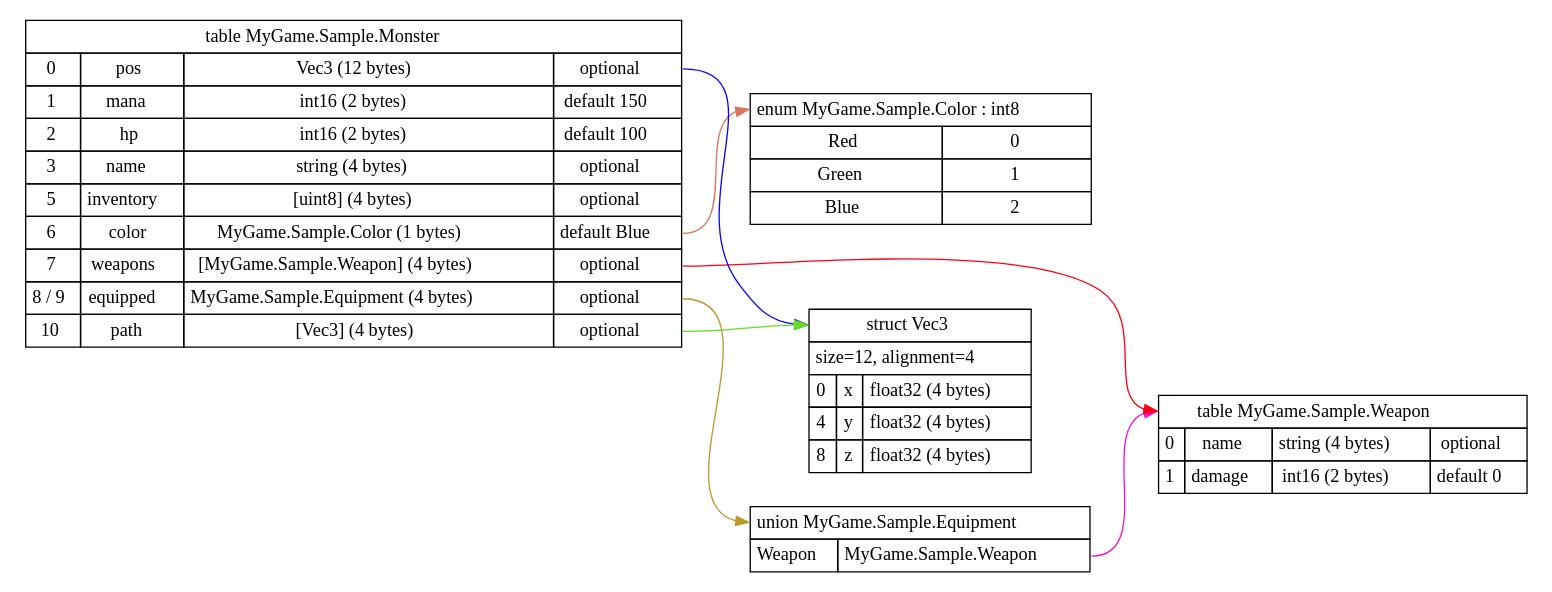
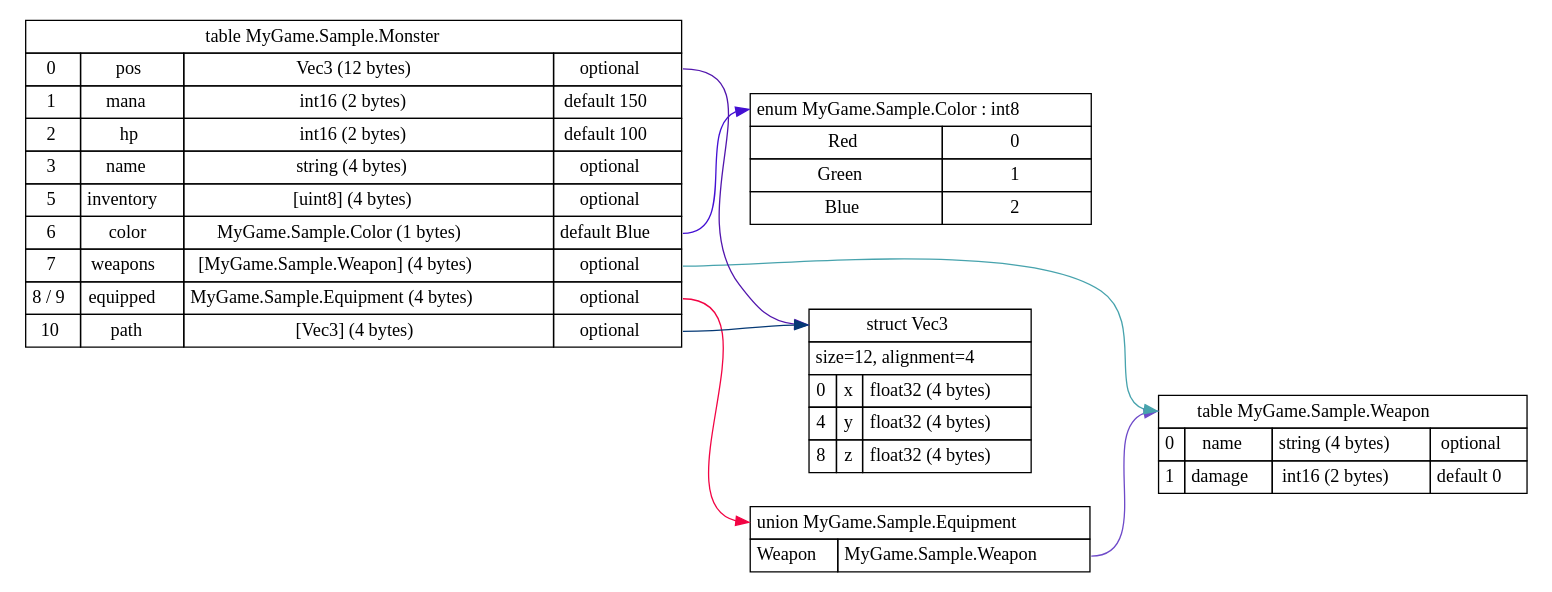
One commit to planus-org/planus changed the diagram in examples/rust/monster.dot. Above: the diagram before and after it, drawn with Graphviz. The commit also changed 21 other files, not shown here.

```diff
--- a/examples/rust/monster.dot
+++ b/examples/rust/monster.dot
@@ -1,149 +1,149 @@
 digraph G
 {
   node[ shape = none ];
   rankdir=LR;
 
   decl0[ label=<
     <TABLE BORDER="0" CELLBORDER="1" CELLSPACING="0" CELLPADDING="4">
       <TR>
         <TD colspan="2" PORT="name">enum MyGame.Sample.Color : int8</TD>
       </TR>
       <TR>
         <TD>Red</TD>
         <TD>0</TD>
       </TR>
       <TR>
         <TD>Green</TD>
         <TD>1</TD>
       </TR>
       <TR>
         <TD>Blue</TD>
         <TD>2</TD>
       </TR>
     </TABLE>>
   ];
 
   decl1[ label=<
     <TABLE BORDER="0" CELLBORDER="1" CELLSPACING="0" CELLPADDING="4">
       <TR>
         <TD colspan="3" PORT="name">union MyGame.Sample.Equipment</TD>
       </TR>
       <TR>
         <TD>Weapon</TD>
         <TD PORT="p0">MyGame.Sample.Weapon</TD>
       </TR>
     </TABLE>>
   ];
-  decl1:p0:e -> decl4:name [color = "#f411d2"];
+  decl1:p0:e -> decl4:name [color = "#6e4ac9"];
 
   decl2[ label=<
     <TABLE BORDER="0" CELLBORDER="1" CELLSPACING="0" CELLPADDING="4">
       <TR>
         <TD colspan="3" PORT="name">struct Vec3</TD>
       </TR>
       <TR>
         <TD colspan="3">size=12, alignment=4</TD>
       </TR>
       <TR>
         <TD>0</TD>
         <TD>x</TD>
         <TD PORT="p0">float32 (4 bytes)</TD>
       </TR>
       <TR>
         <TD>4</TD>
         <TD>y</TD>
         <TD PORT="p1">float32 (4 bytes)</TD>
       </TR>
       <TR>
         <TD>8</TD>
         <TD>z</TD>
         <TD PORT="p2">float32 (4 bytes)</TD>
       </TR>
     </TABLE>>
   ];
 
   decl3[ label=<
     <TABLE BORDER="0" CELLBORDER="1" CELLSPACING="0" CELLPADDING="4">
       <TR>
         <TD colspan="4" PORT="name">table MyGame.Sample.Monster</TD>
       </TR>
       <TR>
         <TD>0</TD>
         <TD>pos</TD>
         <TD>Vec3 (12 bytes)</TD>
         <TD PORT="p0">optional</TD>
       </TR>
       <TR>
         <TD>1</TD>
         <TD>mana</TD>
         <TD>int16 (2 bytes)</TD>
         <TD PORT="p1">default 150</TD>
       </TR>
       <TR>
         <TD>2</TD>
         <TD>hp</TD>
         <TD>int16 (2 bytes)</TD>
         <TD PORT="p2">default 100</TD>
       </TR>
       <TR>
         <TD>3</TD>
         <TD>name</TD>
         <TD>string (4 bytes)</TD>
         <TD PORT="p3">optional</TD>
       </TR>
       <TR>
         <TD>5</TD>
         <TD>inventory</TD>
         <TD>[uint8] (4 bytes)</TD>
         <TD PORT="p4">optional</TD>
       </TR>
       <TR>
         <TD>6</TD>
         <TD>color</TD>
         <TD>MyGame.Sample.Color (1 bytes)</TD>
         <TD PORT="p5">default Blue</TD>
       </TR>
       <TR>
         <TD>7</TD>
         <TD>weapons</TD>
         <TD>[MyGame.Sample.Weapon] (4 bytes)</TD>
         <TD PORT="p6">optional</TD>
       </TR>
       <TR>
         <TD>8 / 9</TD>
         <TD>equipped</TD>
         <TD>MyGame.Sample.Equipment (4 bytes)</TD>
         <TD PORT="p7">optional</TD>
       </TR>
       <TR>
         <TD>10</TD>
         <TD>path</TD>
         <TD>[Vec3] (4 bytes)</TD>
         <TD PORT="p8">optional</TD>
       </TR></TABLE>>
   ];
-  decl3:p0:e -> decl2:name [color = "#0804f7"];
-  decl3:p5:e -> decl0:name [color = "#d8755f"];
-  decl3:p6:e -> decl4:name [color = "#fc0213"];
-  decl3:p7:e -> decl1:name [color = "#ba982a"];
-  decl3:p8:e -> decl2:name [color = "#66db23"];
+  decl3:p0:e -> decl2:name [color = "#5216ad"];
+  decl3:p5:e -> decl0:name [color = "#4410d3"];
+  decl3:p6:e -> decl4:name [color = "#47a3ad"];
+  decl3:p7:e -> decl1:name [color = "#f20444"];
+  decl3:p8:e -> decl2:name [color = "#053975"];
 
   decl4[ label=<
     <TABLE BORDER="0" CELLBORDER="1" CELLSPACING="0" CELLPADDING="4">
       <TR>
         <TD colspan="4" PORT="name">table MyGame.Sample.Weapon</TD>
       </TR>
       <TR>
         <TD>0</TD>
         <TD>name</TD>
         <TD>string (4 bytes)</TD>
         <TD PORT="p0">optional</TD>
       </TR>
       <TR>
         <TD>1</TD>
         <TD>damage</TD>
         <TD>int16 (2 bytes)</TD>
         <TD PORT="p1">default 0</TD>
       </TR></TABLE>>
   ];
 }
```
